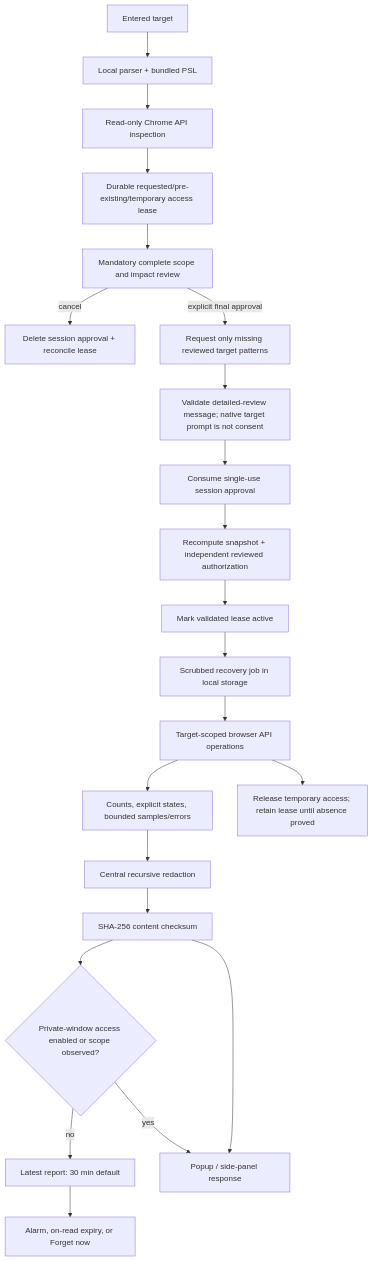
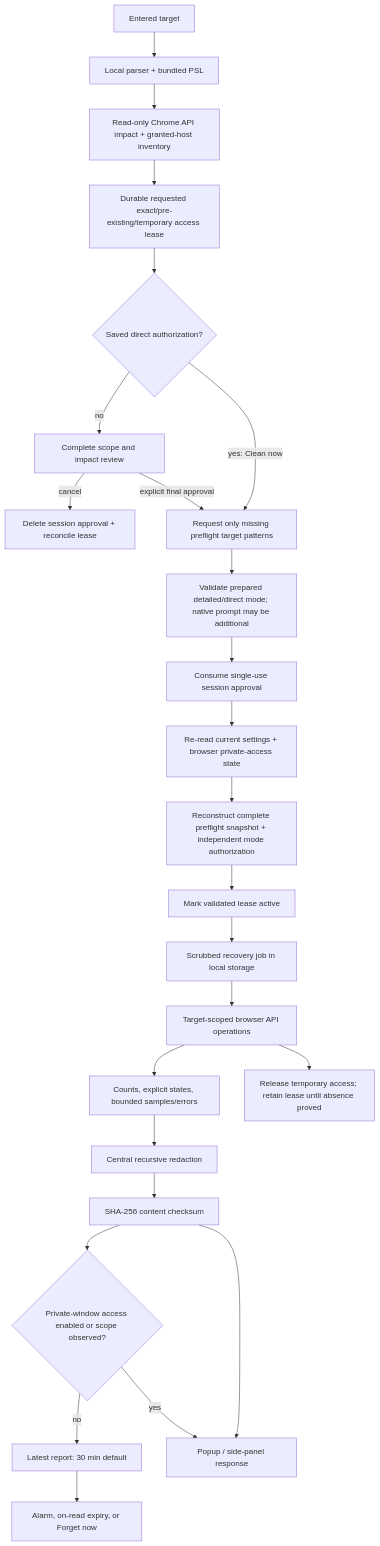
One commit to NouraldinFarge/SiteWipe changed the diagram in docs/privacy-data-flow.md. Above: the diagram before and after it, drawn with Mermaid. The commit also changed other lines of this file and 175 other files, not shown here.

````diff
--- a/docs/privacy-data-flow.md
+++ b/docs/privacy-data-flow.md
@@ -9,24 +9,27 @@
 ```mermaid
 flowchart TD
   Input["Entered target"] --> Normalize["Local parser + bundled PSL"]
-  Normalize --> Impact["Read-only Chrome API inspection"]
-  Impact --> Lease["Durable requested/pre-existing/temporary access lease"]
-  Lease --> Review["Mandatory complete scope and impact review"]
+  Normalize --> Impact["Read-only Chrome API impact + granted-host inventory"]
+  Impact --> Lease["Durable requested exact/pre-existing/temporary access lease"]
+  Lease --> Mode{"Saved direct authorization?"}
+  Mode -->|no| Review["Complete scope and impact review"]
   Review -->|cancel| SessionDelete["Delete session approval + reconcile lease"]
-  Review -->|explicit final approval| Permission["Request only missing reviewed target patterns"]
-  Permission --> Contract["Validate detailed-review message; native target prompt is not consent"]
+  Review -->|explicit final approval| Permission["Request only missing preflight target patterns"]
+  Mode -->|yes: Clean now| Permission
+  Permission --> Contract["Validate prepared detailed/direct mode; native prompt may be additional"]
   Contract --> SessionConsume["Consume single-use session approval"]
-  SessionConsume --> Authorization["Recompute snapshot + independent reviewed authorization"]
+  SessionConsume --> Freshness["Re-read current settings + browser private-access state"]
+  Freshness --> Authorization["Reconstruct complete preflight snapshot + independent mode authorization"]
   Authorization --> LeaseActive["Mark validated lease active"]
   LeaseActive --> Job["Scrubbed recovery job in local storage"]
   Job --> Browser["Target-scoped browser API operations"]
   Browser --> Evidence["Counts, explicit states, bounded samples/errors"]
   Browser --> LeaseRelease["Release temporary access; retain lease until absence proved"]
   Evidence --> Redact["Central recursive redaction"]
   Redact --> Digest["SHA-256 content checksum"]
   Digest --> PrivateGate{"Private-window access enabled or scope observed?"}
   PrivateGate -->|no| Latest["Latest report: 30 min default"]
   PrivateGate -->|yes| UI
   Digest --> UI["Popup / side-panel response"]
   Latest --> Forget["Alarm, on-read expiry, or Forget now"]
 ```
````
